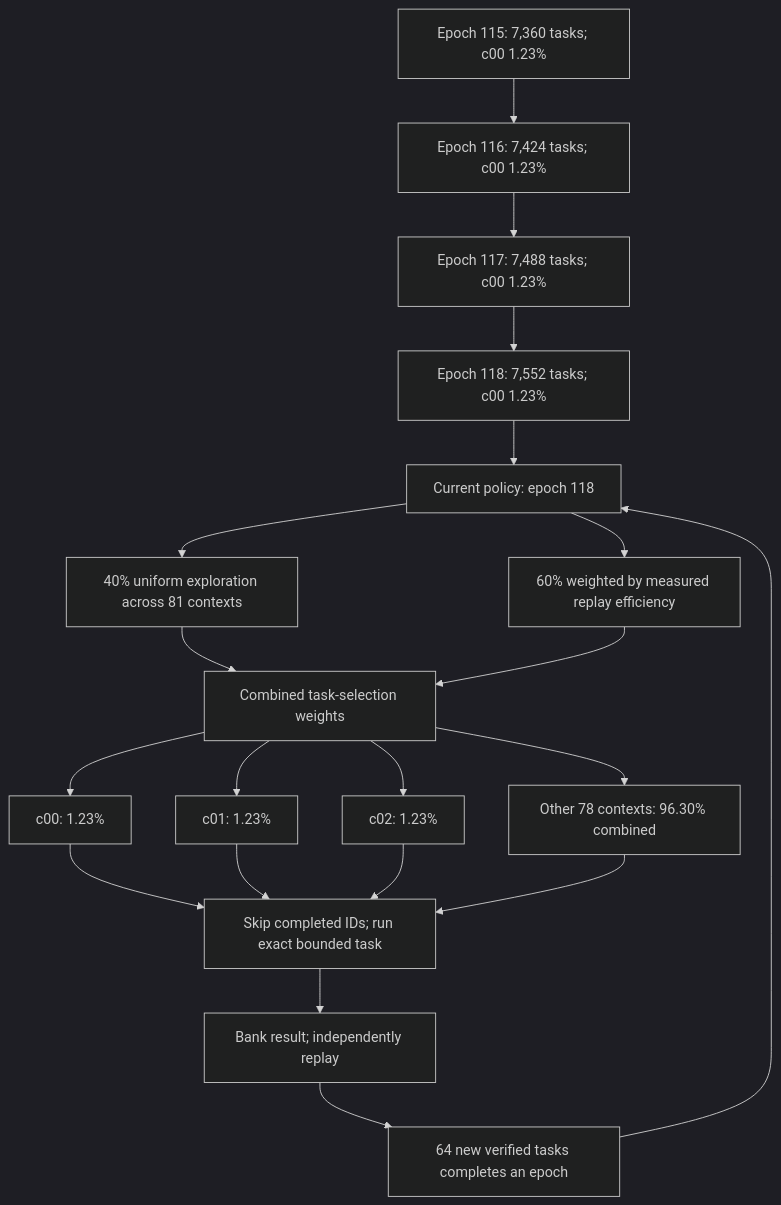
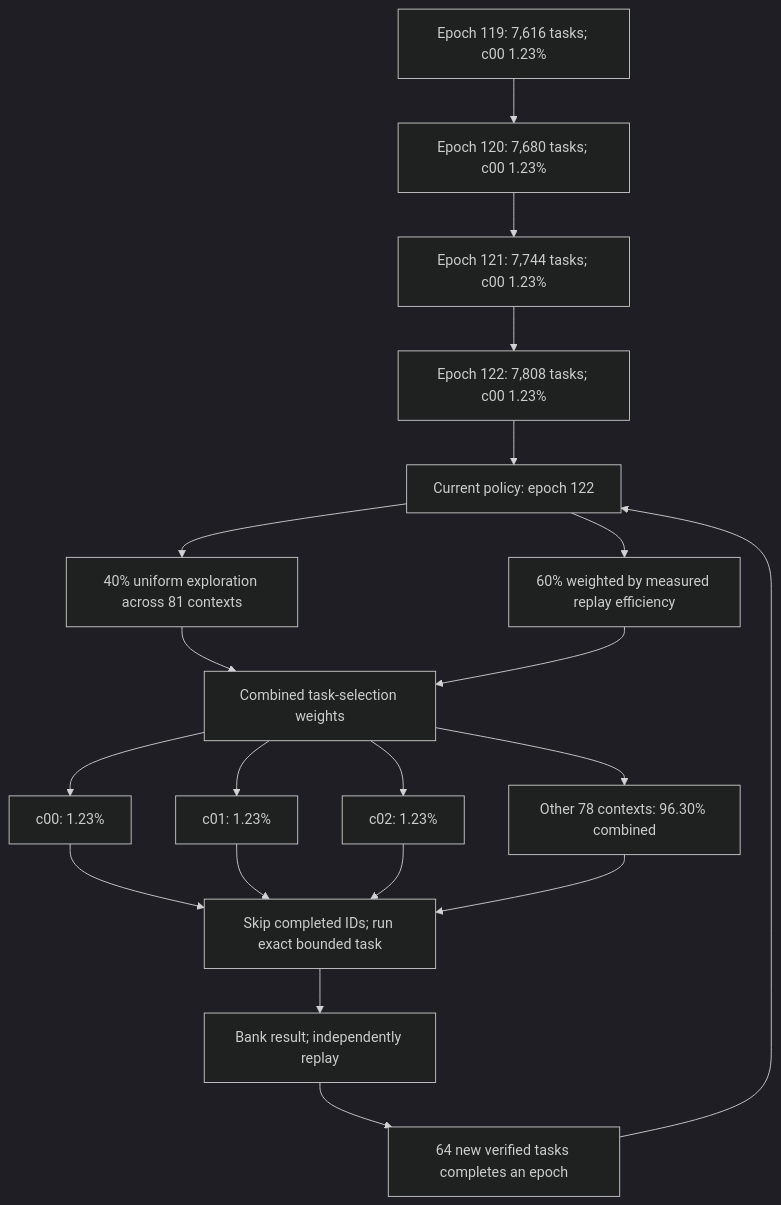
The diagram in README.md (Kuberwastaken/math-gambling), drawn with Mermaid (dark theme) before and after one commit. The commit also changed other lines of this file and 598 other files, not shown here.

````diff
--- a/README.md
+++ b/README.md
@@ -48,27 +48,27 @@
 ```mermaid
 flowchart TD
-    H0["Epoch 115: 7,360 tasks; c00 1.23%"]
-    H1["Epoch 116: 7,424 tasks; c00 1.23%"]
+    H0["Epoch 119: 7,616 tasks; c00 1.23%"]
+    H1["Epoch 120: 7,680 tasks; c00 1.23%"]
     H0 --> H1
-    H2["Epoch 117: 7,488 tasks; c00 1.23%"]
+    H2["Epoch 121: 7,744 tasks; c00 1.23%"]
     H1 --> H2
-    H3["Epoch 118: 7,552 tasks; c00 1.23%"]
+    H3["Epoch 122: 7,808 tasks; c00 1.23%"]
     H2 --> H3
-    Policy["Current policy: epoch 118"]
+    Policy["Current policy: epoch 122"]
     H3 --> Policy
     Policy --> Explore["40% uniform exploration across 81 contexts"]
     Policy --> Cost["60% weighted by measured replay efficiency"]
     Explore --> Mix["Combined task-selection weights"]
     Cost --> Mix
     Mix --> C0["c00: 1.23%"]
     Mix --> C1["c01: 1.23%"]
     Mix --> C2["c02: 1.23%"]
     Mix --> Rest["Other 78 contexts: 96.30% combined"]
     C0 --> Check["Skip completed IDs; run exact bounded task"]
     C1 --> Check
     C2 --> Check
     Rest --> Check
     Check --> Replay["Bank result; independently replay"]
     Replay --> Gate["64 new verified tasks completes an epoch"]
     Gate --> Policy
 ```
````
